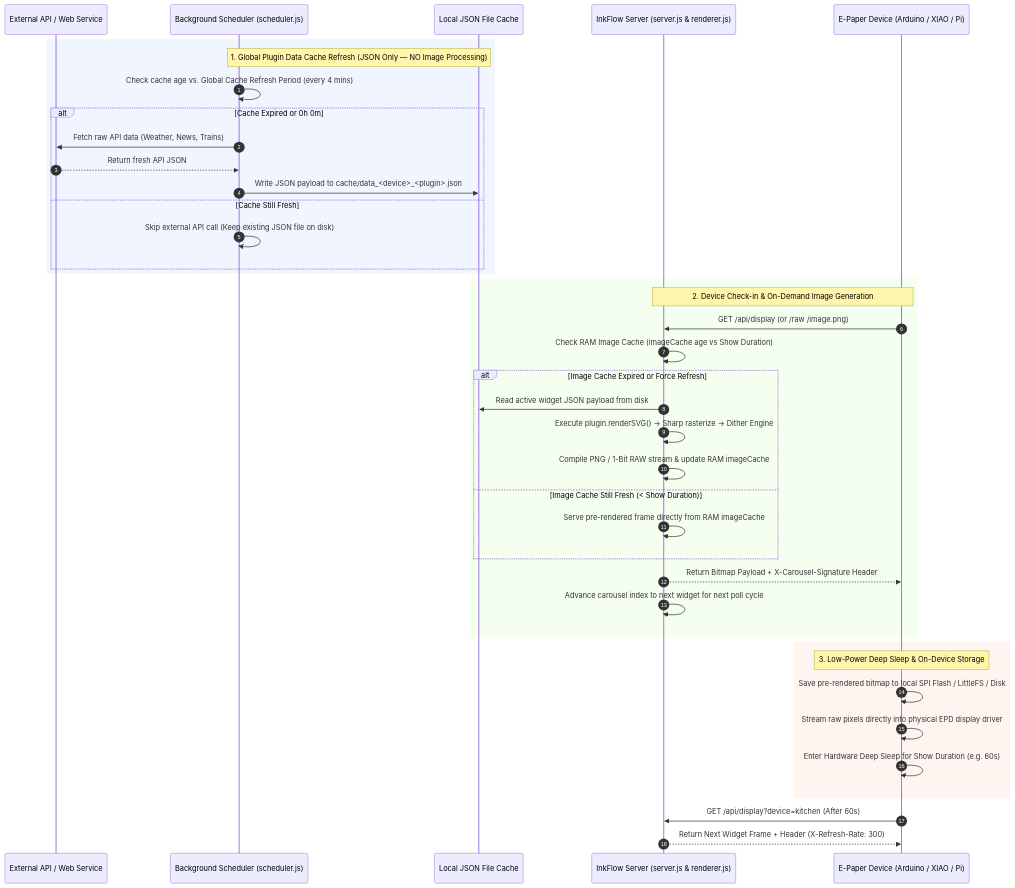
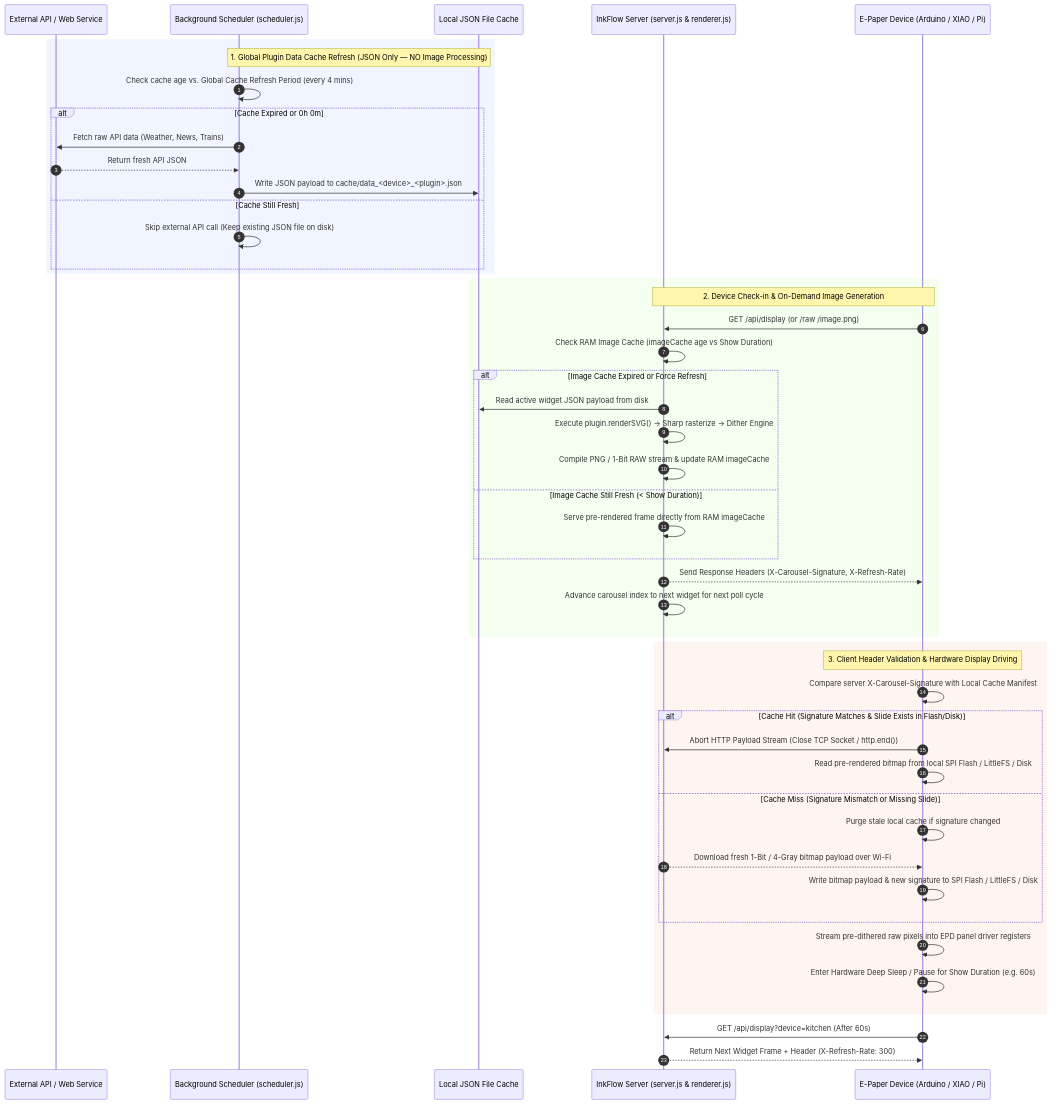
Before and after one commit to DerrickJEvans/inkflow-eink: the second of 3 diagrams in README.md, drawn with Mermaid.

Commit message:
docs: clarify client image cache checks.

````diff
--- a/README.md
+++ b/README.md
@@ -505,46 +505,54 @@
 ```mermaid
 sequenceDiagram
     autonumber
     participant App as External API / Web Service
     participant Sched as Background Scheduler (scheduler.js)
     participant Disk as Local JSON File Cache
     participant Server as InkFlow Server (server.js & renderer.js)
     participant Client as E-Paper Device (Arduino / XIAO / Pi)
 
     rect rgb(240, 245, 255)
         note over Sched,Disk: 1. Global Plugin Data Cache Refresh (JSON Only — NO Image Processing)
         Sched->>Sched: Check cache age vs. Global Cache Refresh Period (every 4 mins)
         alt Cache Expired or 0h 0m
             Sched->>App: Fetch raw API data (Weather, News, Trains)
             App-->>Sched: Return fresh API JSON
             Sched->>Disk: Write JSON payload to cache/data_<device>_<plugin>.json
         else Cache Still Fresh
             Sched->>Sched: Skip external API call (Keep existing JSON file on disk)
         end
     end
 
     rect rgb(245, 255, 240)
         note over Client,Server: 2. Device Check-in & On-Demand Image Generation
         Client->>Server: GET /api/display (or /raw /image.png)
         Server->>Server: Check RAM Image Cache (imageCache age vs Show Duration)
         alt Image Cache Expired or Force Refresh
             Server->>Disk: Read active widget JSON payload from disk
             Server->>Server: Execute plugin.renderSVG() -> Sharp rasterize -> Dither Engine
             Server->>Server: Compile PNG / 1-Bit RAW stream & update RAM imageCache
         else Image Cache Still Fresh (< Show Duration)
             Server->>Server: Serve pre-rendered frame directly from RAM imageCache
         end
-        Server-->>Client: Return Bitmap Payload + X-Carousel-Signature Header
+        Server-->>Client: Send Response Headers (X-Carousel-Signature, X-Refresh-Rate)
         Server->>Server: Advance carousel index to next widget for next poll cycle
     end
 
     rect rgb(255, 245, 240)
-        note over Client: 3. Low-Power Deep Sleep & On-Device Storage
-        Client->>Client: Save pre-rendered bitmap to local SPI Flash / LittleFS / Disk
-        Client->>Client: Stream raw pixels directly into physical EPD display driver
-        Client->>Client: Enter Hardware Deep Sleep for Show Duration (e.g. 60s)
+        note over Client: 3. Client Header Validation & Hardware Display Driving
+        Client->>Client: Compare server X-Carousel-Signature with Local Cache Manifest
+        alt Cache Hit (Signature Matches & Slide Exists in Flash/Disk)
+            Client->>Server: Abort HTTP Payload Stream (Close TCP Socket / http.end())
+            Client->>Client: Read pre-rendered bitmap from local SPI Flash / LittleFS / Disk
+        else Cache Miss (Signature Mismatch or Missing Slide)
+            Client->>Client: Purge stale local cache if signature changed
+            Server-->>Client: Download fresh 1-Bit / 4-Gray bitmap payload over Wi-Fi
+            Client->>Client: Write bitmap payload & new signature to SPI Flash / LittleFS / Disk
+        end
+        Client->>Client: Stream pre-dithered raw pixels into EPD panel driver registers
+        Client->>Client: Enter Hardware Deep Sleep / Pause for Show Duration (e.g. 60s)
     end
 
     Client->>Server: GET /api/display?device=kitchen (After 60s)
     Server-->>Client: Return Next Widget Frame + Header (X-Refresh-Rate: 300)
 ```
````
